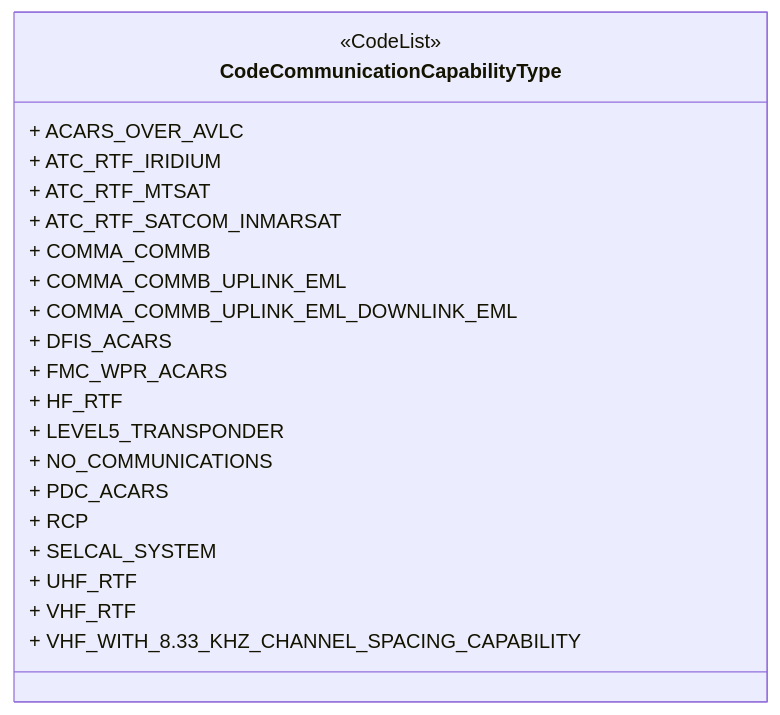
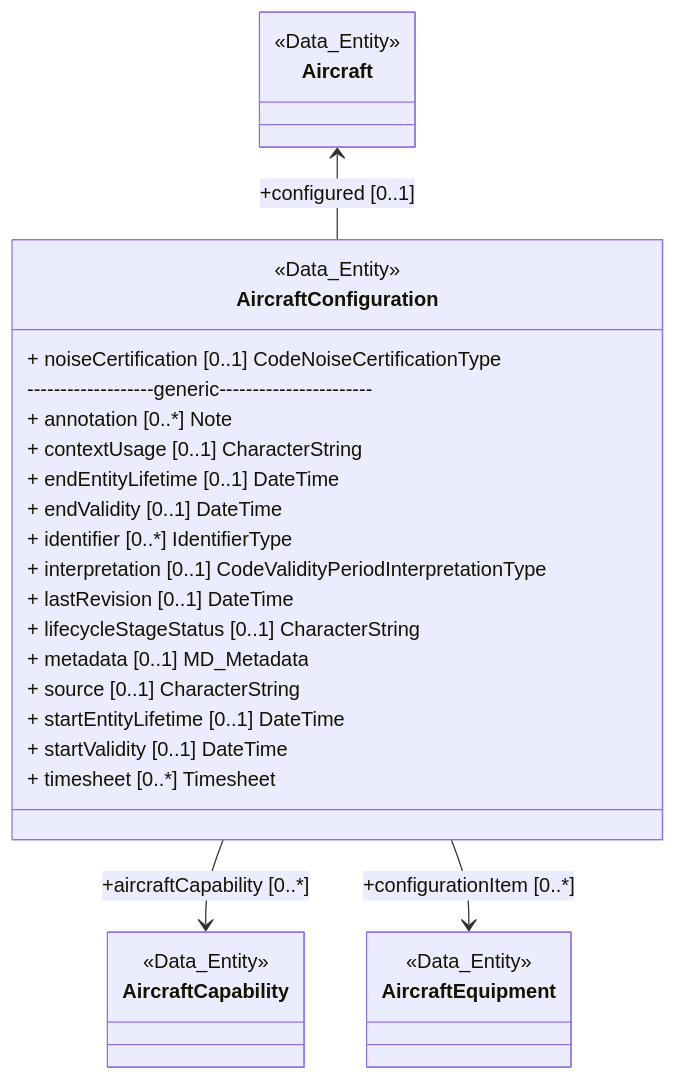
One commit to hlepori/testAIRM changed the eighth of 46 diagrams in README.md. Above: the diagram before and after it, drawn with Mermaid. The commit also changed other lines of this file, not shown here.

````diff
--- a/README.md
+++ b/README.md
@@ -354,24 +269,33 @@
 ```mermaid	
 classDiagram	
-class CodeCommunicationCapabilityType	
-<<CodeList>> CodeCommunicationCapabilityType	
-link CodeCommunicationCapabilityType "https://airm.aero/developers/advanced-search/1.0.0/CodeCommunicationCapabilityType?model=LogicalModel" "Go to definition"	
-CodeCommunicationCapabilityType : + ACARS_OVER_AVLC	
-CodeCommunicationCapabilityType : + ATC_RTF_IRIDIUM	
-CodeCommunicationCapabilityType : + ATC_RTF_MTSAT	
-CodeCommunicationCapabilityType : + ATC_RTF_SATCOM_INMARSAT	
-CodeCommunicationCapabilityType : + COMMA_COMMB	
-CodeCommunicationCapabilityType : + COMMA_COMMB_UPLINK_EML	
-CodeCommunicationCapabilityType : + COMMA_COMMB_UPLINK_EML_DOWNLINK_EML	
-CodeCommunicationCapabilityType : + DFIS_ACARS	
-CodeCommunicationCapabilityType : + FMC_WPR_ACARS	
-CodeCommunicationCapabilityType : + HF_RTF	
-CodeCommunicationCapabilityType : + LEVEL5_TRANSPONDER	
-CodeCommunicationCapabilityType : + NO_COMMUNICATIONS	
-CodeCommunicationCapabilityType : + PDC_ACARS	
-CodeCommunicationCapabilityType : + RCP	
-CodeCommunicationCapabilityType : + SELCAL_SYSTEM	
-CodeCommunicationCapabilityType : + UHF_RTF	
-CodeCommunicationCapabilityType : + VHF_RTF	
-CodeCommunicationCapabilityType : + VHF_WITH_8.33_KHZ_CHANNEL_SPACING_CAPABILITY	
+class AircraftConfiguration	
+<<Data_Entity>> AircraftConfiguration	
+link AircraftConfiguration "https://airm.aero/developers/advanced-search/1.0.0/AircraftConfiguration?model=LogicalModel" "Go to definition"	
+class AircraftCapability	
+<<Data_Entity>> AircraftCapability	
+link AircraftCapability "https://airm.aero/developers/advanced-search/1.0.0/AircraftCapability?model=LogicalModel" "Go to definition"	
+AircraftConfiguration --> AircraftCapability : +aircraftCapability [0..*]	
+class AircraftEquipment	
+<<Data_Entity>> AircraftEquipment	
+link AircraftEquipment "https://airm.aero/developers/advanced-search/1.0.0/AircraftEquipment?model=LogicalModel" "Go to definition"	
+AircraftConfiguration --> AircraftEquipment : +configurationItem [0..*]	
+class Aircraft	
+<<Data_Entity>> Aircraft	
+link Aircraft "https://airm.aero/developers/advanced-search/1.0.0/Aircraft?model=LogicalModel" "Go to definition"	
+Aircraft <-- AircraftConfiguration : +configured [0..1]	
+AircraftConfiguration : + noiseCertification [0..1] CodeNoiseCertificationType	
+AircraftConfiguration: -------------------generic-----------------------	
+AircraftConfiguration : + annotation [0..*] Note	
+AircraftConfiguration : + contextUsage [0..1] CharacterString	
+AircraftConfiguration : + endEntityLifetime [0..1] DateTime	
+AircraftConfiguration : + endValidity [0..1] DateTime	
+AircraftConfiguration : + identifier [0..*] IdentifierType	
+AircraftConfiguration : + interpretation [0..1] CodeValidityPeriodInterpretationType	
+AircraftConfiguration : + lastRevision [0..1] DateTime	
+AircraftConfiguration : + lifecycleStageStatus [0..1] CharacterString	
+AircraftConfiguration : + metadata [0..1] MD_Metadata	
+AircraftConfiguration : + source [0..1] CharacterString	
+AircraftConfiguration : + startEntityLifetime [0..1] DateTime	
+AircraftConfiguration : + startValidity [0..1] DateTime	
+AircraftConfiguration : + timesheet [0..*] Timesheet	
 ```	
````
